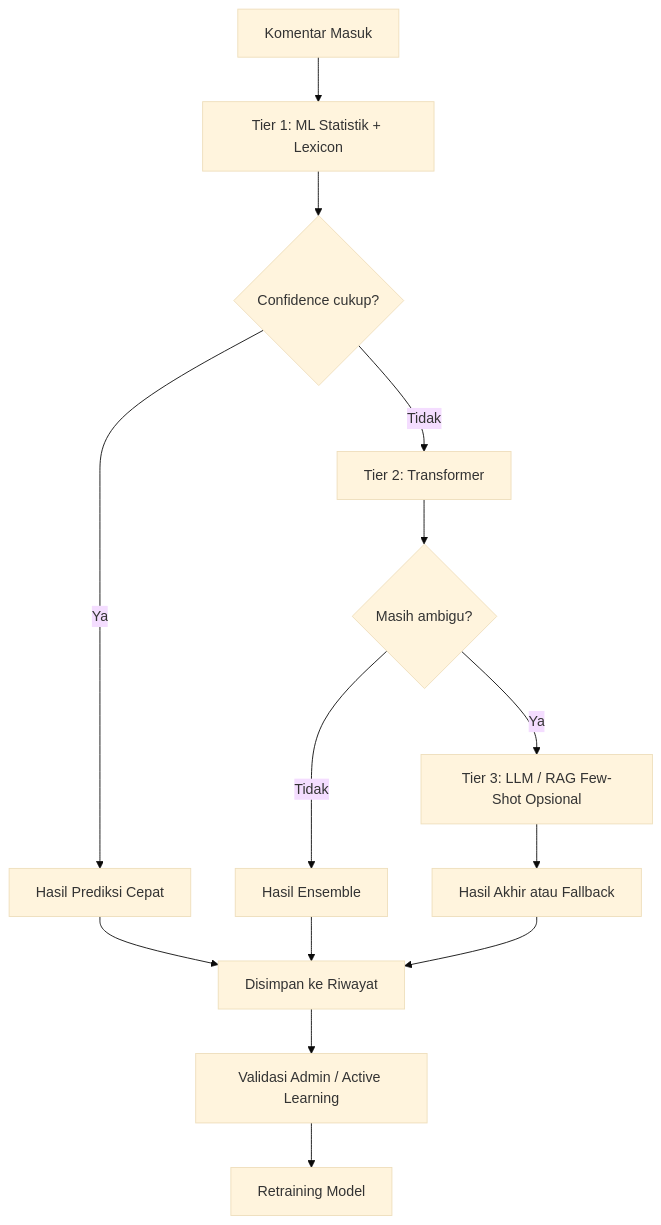
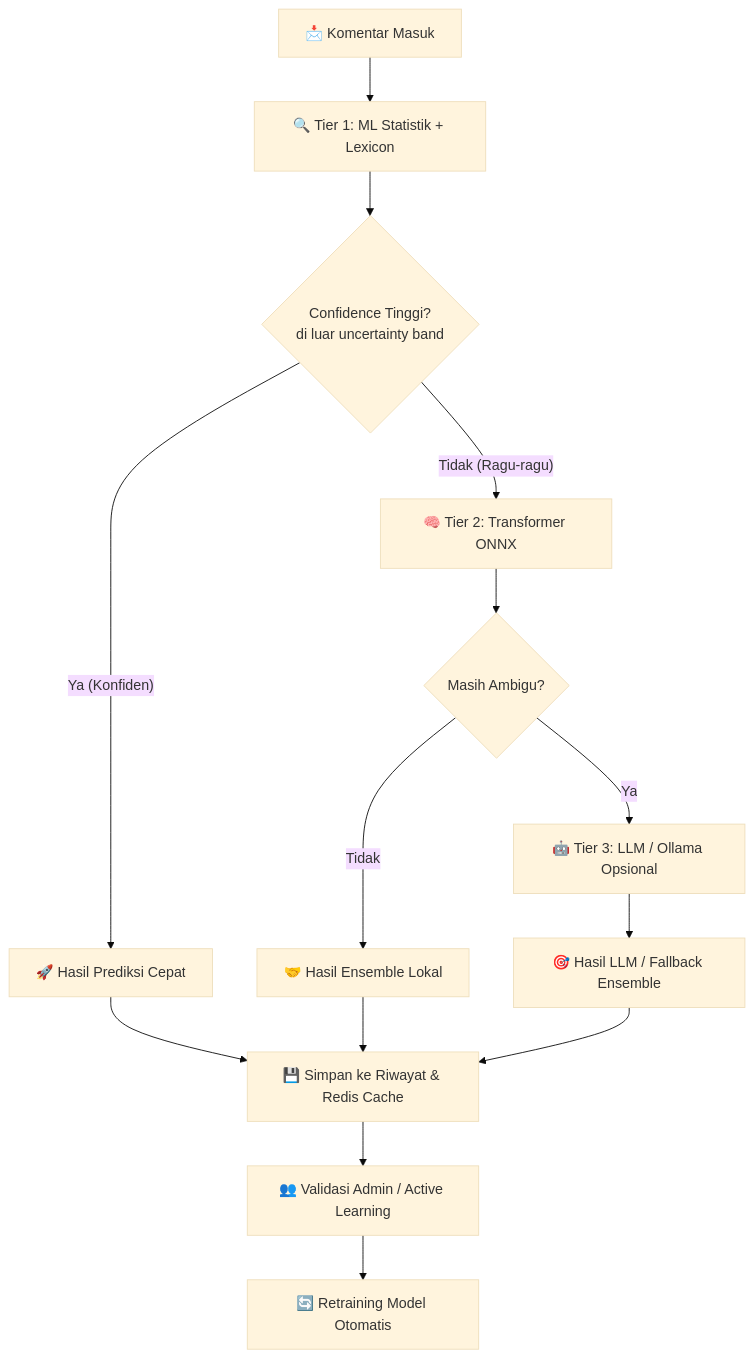
One commit to Maliq-dlt/indonesian-cyberbullying-detection-api changed the diagram in README.md. Above: the diagram before and after it, drawn with Mermaid (base theme). The commit also changed other lines of this file and 24 other files, not shown here.

````diff
--- a/README.md
+++ b/README.md
@@ -36,16 +52,16 @@
 ```mermaid
 graph TD
-    A[Komentar Masuk] --> B[Tier 1: ML Statistik + Lexicon]
-    B --> C{Confidence cukup?}
-    C -- Ya --> D[Hasil Prediksi Cepat]
-    C -- Tidak --> E[Tier 2: Transformer]
-    E --> F{Masih ambigu?}
-    F -- Tidak --> G[Hasil Ensemble]
-    F -- Ya --> H[Tier 3: LLM / RAG Few-Shot Opsional]
-    H --> I[Hasil Akhir atau Fallback]
-    D --> J[Disimpan ke Riwayat]
+    A[📩 Komentar Masuk] --> B[🔍 Tier 1: ML Statistik + Lexicon]
+    B --> C{Confidence Tinggi? <br>di luar uncertainty band}
+    C -- Ya (Konfiden) --> D[🚀 Hasil Prediksi Cepat]
+    C -- Tidak (Ragu-ragu) --> E[🧠 Tier 2: Transformer ONNX]
+    E --> F{Masih Ambigu?}
+    F -- Tidak --> G[🤝 Hasil Ensemble Lokal]
+    F -- Ya --> H[🤖 Tier 3: LLM / Ollama Opsional]
+    H --> I[🎯 Hasil LLM / Fallback Ensemble]
+    D --> J[💾 Simpan ke Riwayat & Redis Cache]
     G --> J
     I --> J
-    J --> K[Validasi Admin / Active Learning]
-    K --> L[Retraining Model]
+    J --> K[👥 Validasi Admin / Active Learning]
+    K --> L[🔄 Retraining Model Otomatis]
 ```
````
